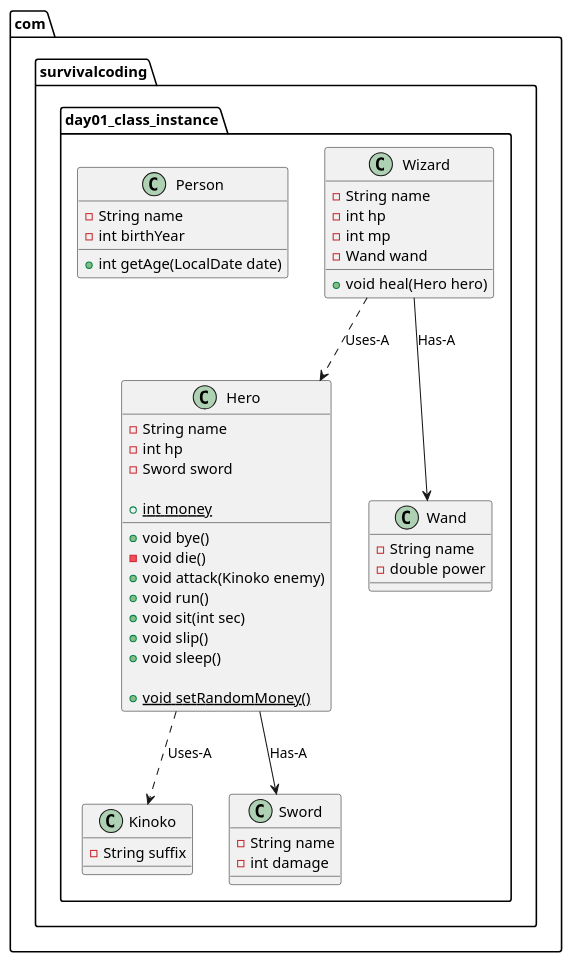
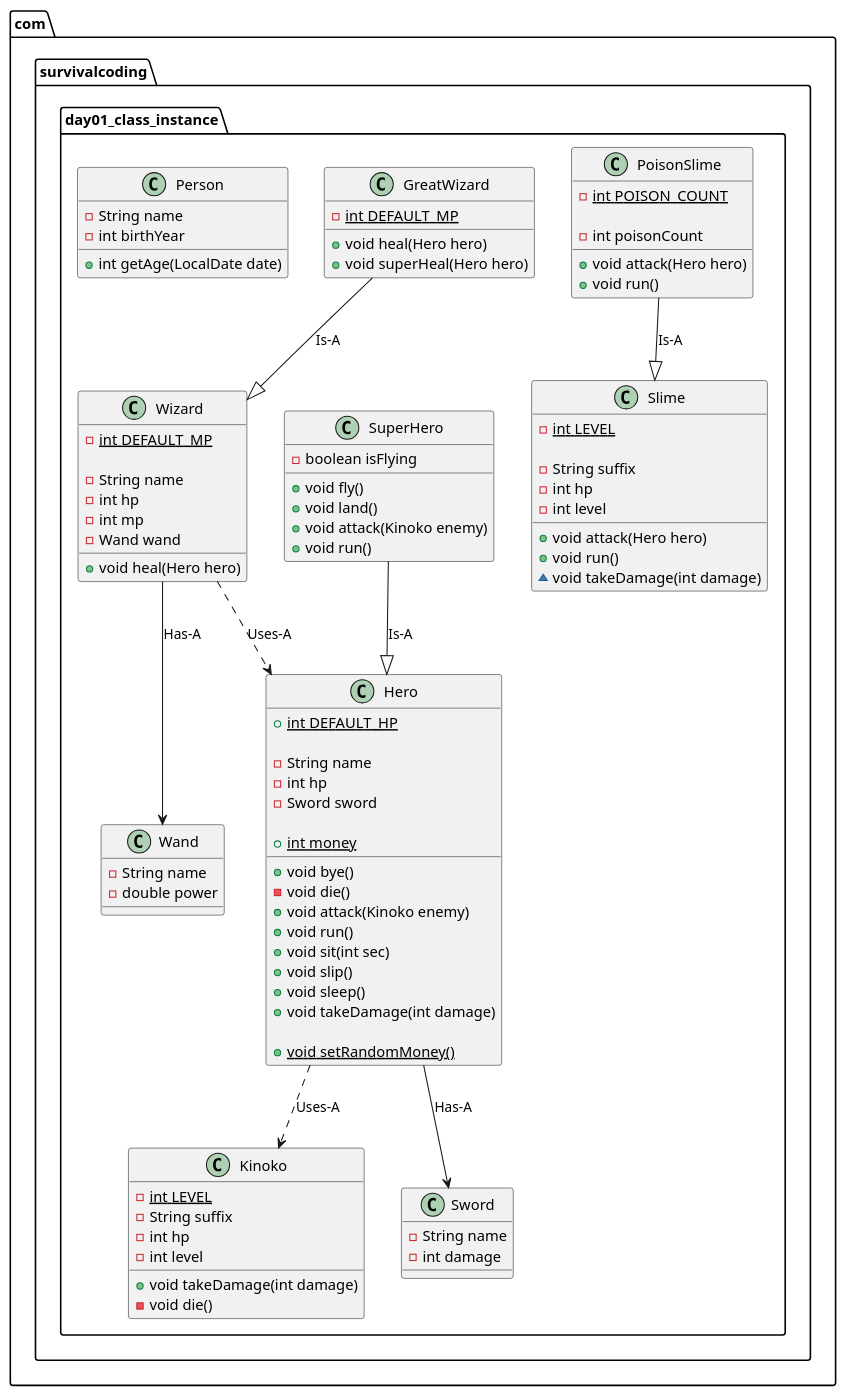
The diagram in docs/day01_class_instance_diagram.puml (SurvivalCodingCampus/gangnam3-java-oop), drawn with PlantUML before and after one commit.

Commit message:
docs: 클래스 다이어그램에 신규 클래스 반영 및 가시성/오타 수정

```diff
--- a/docs/day01_class_instance_diagram.puml
+++ b/docs/day01_class_instance_diagram.puml
@@ -1,62 +1,114 @@
 @startuml day01_class_instance_diagram
 scale 1
 
 package "com.survivalcoding.day01_class_instance" {
-    
+
     class Kinoko {
+        {static} - int LEVEL
         - String suffix
+        - int hp
+        - int level
+
+        + void takeDamage(int damage)
+        - void die()
+    }
+
+    class Slime {
+        {static} - int LEVEL
+
+        - String suffix
+        - int hp
+        - int level
+
+        + void attack(Hero hero)
+        + void run()
+        ~ void takeDamage(int damage)
+    }
+
+    class PoisonSlime {
+        {static} - int POISON_COUNT
+
+        - int poisonCount
+
+        + void attack(Hero hero)
+        + void run()
     }
 
     class Hero {
+        {static} + int DEFAULT_HP
+
         - String name
         - int hp
         - Sword sword
 
         {static} + int money
 
         + void bye()
         - void die()
         + void attack(Kinoko enemy)
         + void run()
         + void sit(int sec)
         + void slip()
         + void sleep()
+        + void takeDamage(int damage)
 
         {static} + void setRandomMoney()
+    }
+
+    class SuperHero {
+        - boolean isFlying
+
+        + void fly()
+        + void land()
+        + void attack(Kinoko enemy)
+        + void run()
     }
 
     class Sword {
         - String name
         - int damage
     }
 
     class Wizard {
+        {static} - int DEFAULT_MP
+
         - String name
         - int hp
         - int mp
         - Wand wand
 
         + void heal(Hero hero)
+    }
+
+    class GreatWizard {
+        {static} - int DEFAULT_MP
+
+        + void heal(Hero hero)
+        + void superHeal(Hero hero)
     }
 
     class Wand {
         - String name
         - double power
     }
 
     class Person {
         - String name
         - int birthYear
 
         + int getAge(LocalDate date)
     }
 
     ' Relationship line
     Hero --> Sword : Has-A
     Wizard --> Wand : Has-A
 
     Hero ..> Kinoko : Uses-A
     Wizard ..> Hero : Uses-A
+
+    SuperHero --|> Hero : Is-A
+    GreatWizard --|> Wizard : Is-A
+    PoisonSlime --|> Slime : Is-A
 }
 
 @enduml
```
